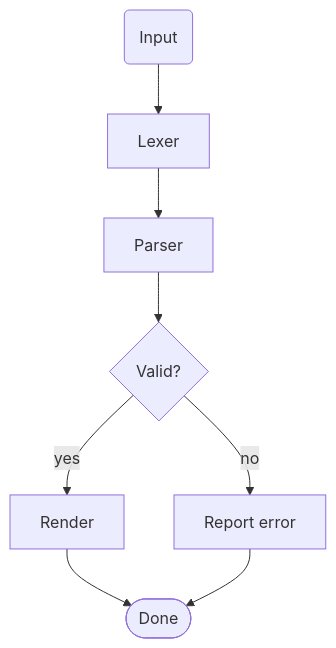
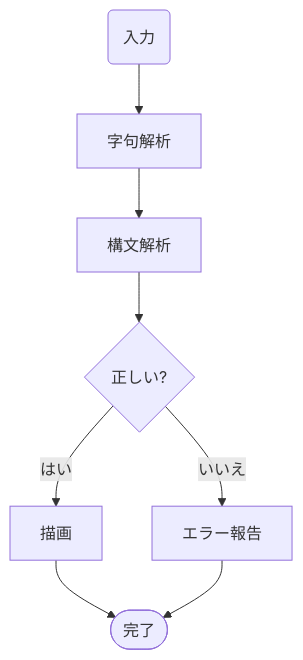
One commit to kohdice/mp-rs changed the first of 29 diagrams in examples/EXAMPLE_ja.md. Above: the diagram before and after it, drawn with Mermaid. The commit also changed other lines of this file and 1 other file, not shown here.

````diff
--- a/examples/EXAMPLE_ja.md
+++ b/examples/EXAMPLE_ja.md
@@ -208,10 +231,10 @@
 ```mermaid
 flowchart TD
-    A(Input) --> B[Lexer]
-    B --> C[Parser]
-    C --> D{Valid?}
-    D -->|yes| E[Render]
-    D -->|no| F[Report error]
-    E --> G([Done])
+    A(入力) --> B[字句解析]
+    B --> C[構文解析]
+    C --> D{正しい?}
+    D -->|はい| E[描画]
+    D -->|いいえ| F[エラー報告]
+    E --> G([完了])
     F --> G
 ```
````
